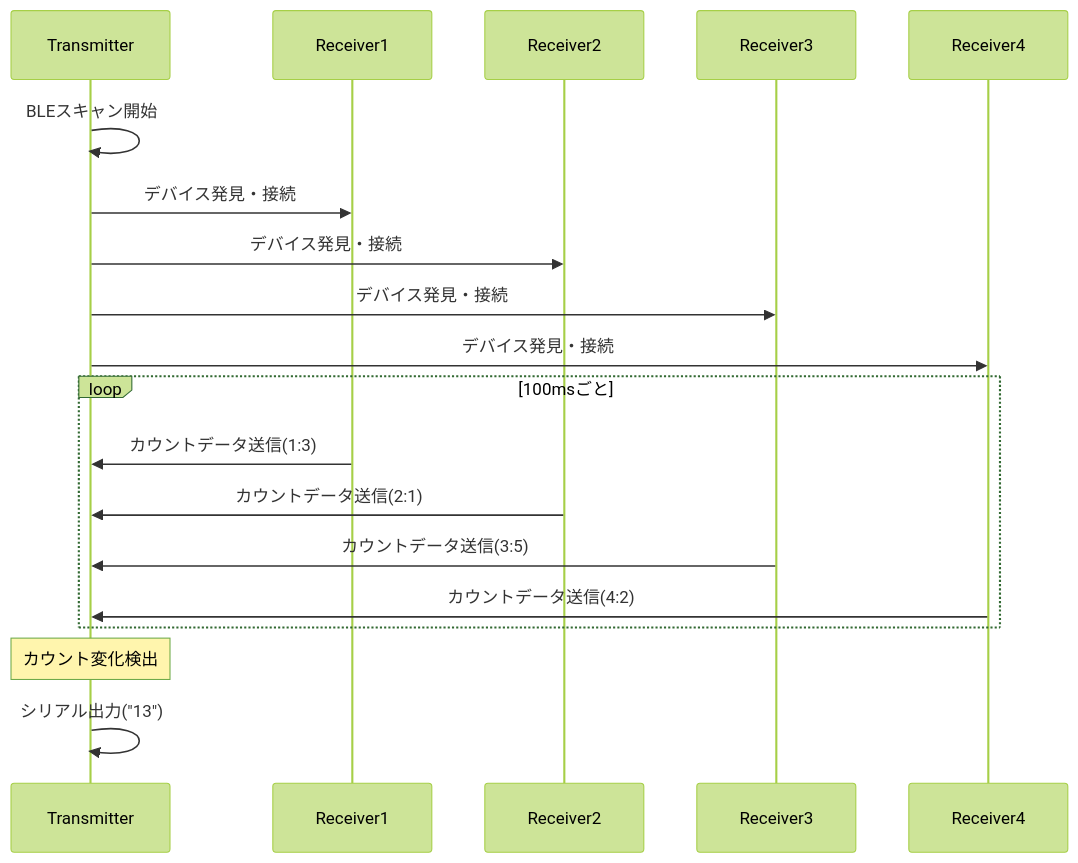
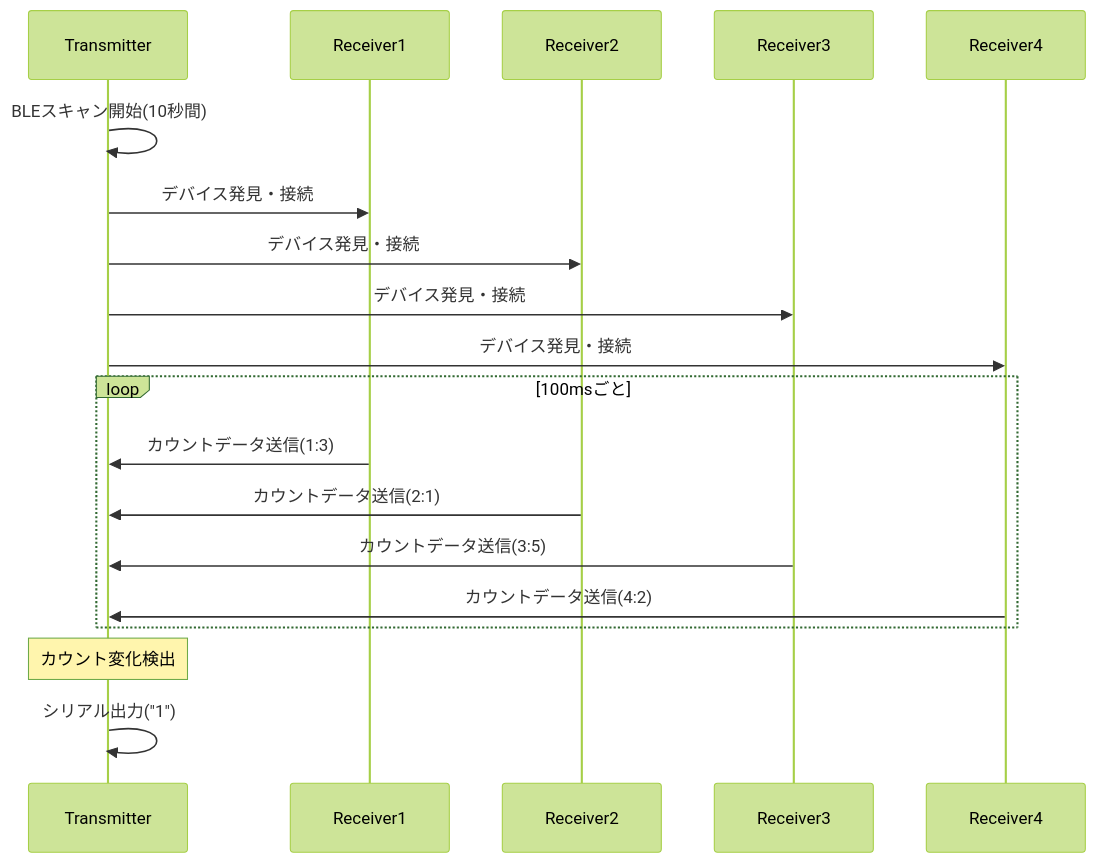
Before and after one commit to YakiFrog/yonku_counter2: the third of 4 diagrams in README.md, drawn with Mermaid (forest theme). The commit also changed other lines of this file, not shown here.

````diff
--- a/README.md
+++ b/README.md
@@ -133,24 +145,24 @@
 ```mermaid
 sequenceDiagram
     participant T as Transmitter
     participant R1 as Receiver1
     participant R2 as Receiver2
     participant R3 as Receiver3
     participant R4 as Receiver4
     
-    T->>T: BLEスキャン開始
+    T->>T: BLEスキャン開始(10秒間)
     T->>R1: デバイス発見・接続
     T->>R2: デバイス発見・接続
     T->>R3: デバイス発見・接続
     T->>R4: デバイス発見・接続
     
     loop 100msごと
         R1->>T: カウントデータ送信(1:3)
         R2->>T: カウントデータ送信(2:1)
         R3->>T: カウントデータ送信(3:5)
         R4->>T: カウントデータ送信(4:2)
     end
     
     Note over T: カウント変化検出
-    T->>T: シリアル出力("13")
+    T->>T: シリアル出力("1")
 ```
````
